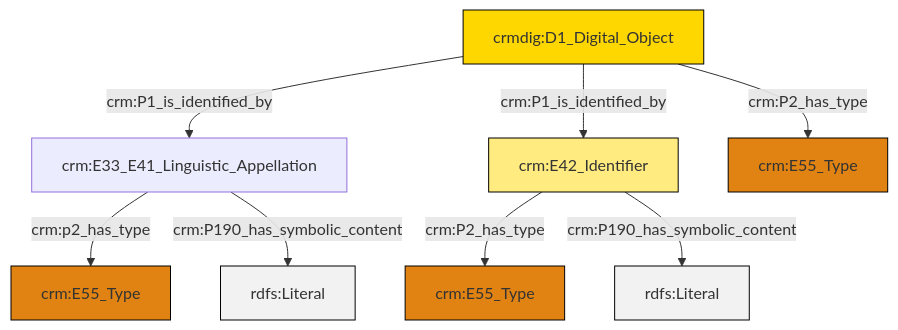
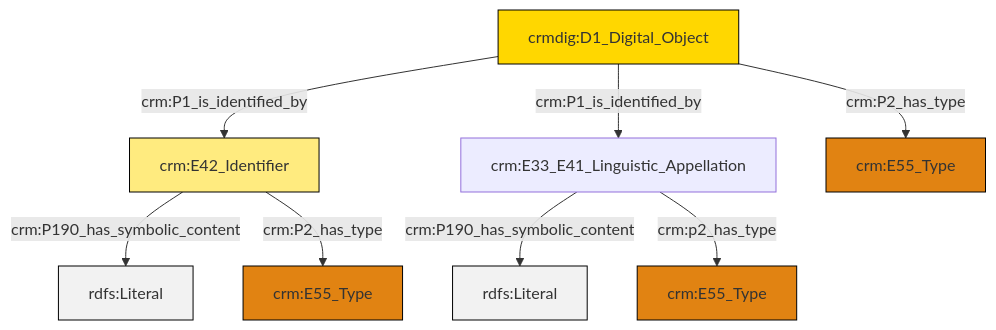
Before and after one commit to ncarboni/srdm: the diagram in et/doCSV/ttl/mmd/do_name.ttl.mmd, drawn with Mermaid. The commit also changed 184 other files, not shown here.

```diff
--- a/et/doCSV/ttl/mmd/do_name.ttl.mmd
+++ b/et/doCSV/ttl/mmd/do_name.ttl.mmd
@@ -1,22 +1,22 @@
 graph TD
 classDef Literal fill:#f2f2f2,stroke:#000000;
 classDef CRM_Entity fill:#FFFFFF,stroke:#000000;
 classDef Temporal_Entity fill:#00C9E6, stroke:#000000;
 classDef Type fill:#E18312, stroke:#000000;
 classDef Time-Span fill:#2C9C91, stroke:#000000;
 classDef Appellation fill:#FFEB7F, stroke:#000000;
 classDef Place fill:#008836, stroke:#000000;
 classDef Persistent_Item fill:#B266B2, stroke:#000000;
 classDef Conceptual_Object fill:#FFD700, stroke:#000000;
 classDef Physical_Thing fill:#D2B48C, stroke:#000000;
 classDef Actor fill:#f58aad, stroke:#000000;
 classDef PC_Classes fill:#4ce600, stroke:#000000;
 classDef Multi fill:#cccccc,stroke:#000000;
 
-2["crm:E33_E41_Linguistic_Appellation"]:::Default -->|crm:p2_has_type| 0["crm:E55_Type"]:::Type
-3["crmdig:D1_Digital_Object"]:::Conceptual_Object -->|crm:P1_is_identified_by| 2["crm:E33_E41_Linguistic_Appellation"]:::Default
-6["crm:E42_Identifier"]:::Appellation -->|crm:P2_has_type| 7["crm:E55_Type"]:::Type
-2["crm:E33_E41_Linguistic_Appellation"]:::Default -->|crm:P190_has_symbolic_content| 8[rdfs:Literal]:::Literal
-3["crmdig:D1_Digital_Object"]:::Conceptual_Object -->|crm:P2_has_type| 9["crm:E55_Type"]:::Type
-3["crmdig:D1_Digital_Object"]:::Conceptual_Object -->|crm:P1_is_identified_by| 6["crm:E42_Identifier"]:::Appellation
-6["crm:E42_Identifier"]:::Appellation -->|crm:P190_has_symbolic_content| 14[rdfs:Literal]:::Literal
+0["crm:E42_Identifier"]:::Appellation -->|crm:P190_has_symbolic_content| 1[rdfs:Literal]:::Literal
+6["crmdig:D1_Digital_Object"]:::Conceptual_Object -->|crm:P1_is_identified_by| 0["crm:E42_Identifier"]:::Appellation
+6["crmdig:D1_Digital_Object"]:::Conceptual_Object -->|crm:P2_has_type| 10["crm:E55_Type"]:::Type
+4["crm:E33_E41_Linguistic_Appellation"]:::Default -->|crm:P190_has_symbolic_content| 12[rdfs:Literal]:::Literal
+6["crmdig:D1_Digital_Object"]:::Conceptual_Object -->|crm:P1_is_identified_by| 4["crm:E33_E41_Linguistic_Appellation"]:::Default
+4["crm:E33_E41_Linguistic_Appellation"]:::Default -->|crm:p2_has_type| 7["crm:E55_Type"]:::Type
+0["crm:E42_Identifier"]:::Appellation -->|crm:P2_has_type| 2["crm:E55_Type"]:::Type
```
